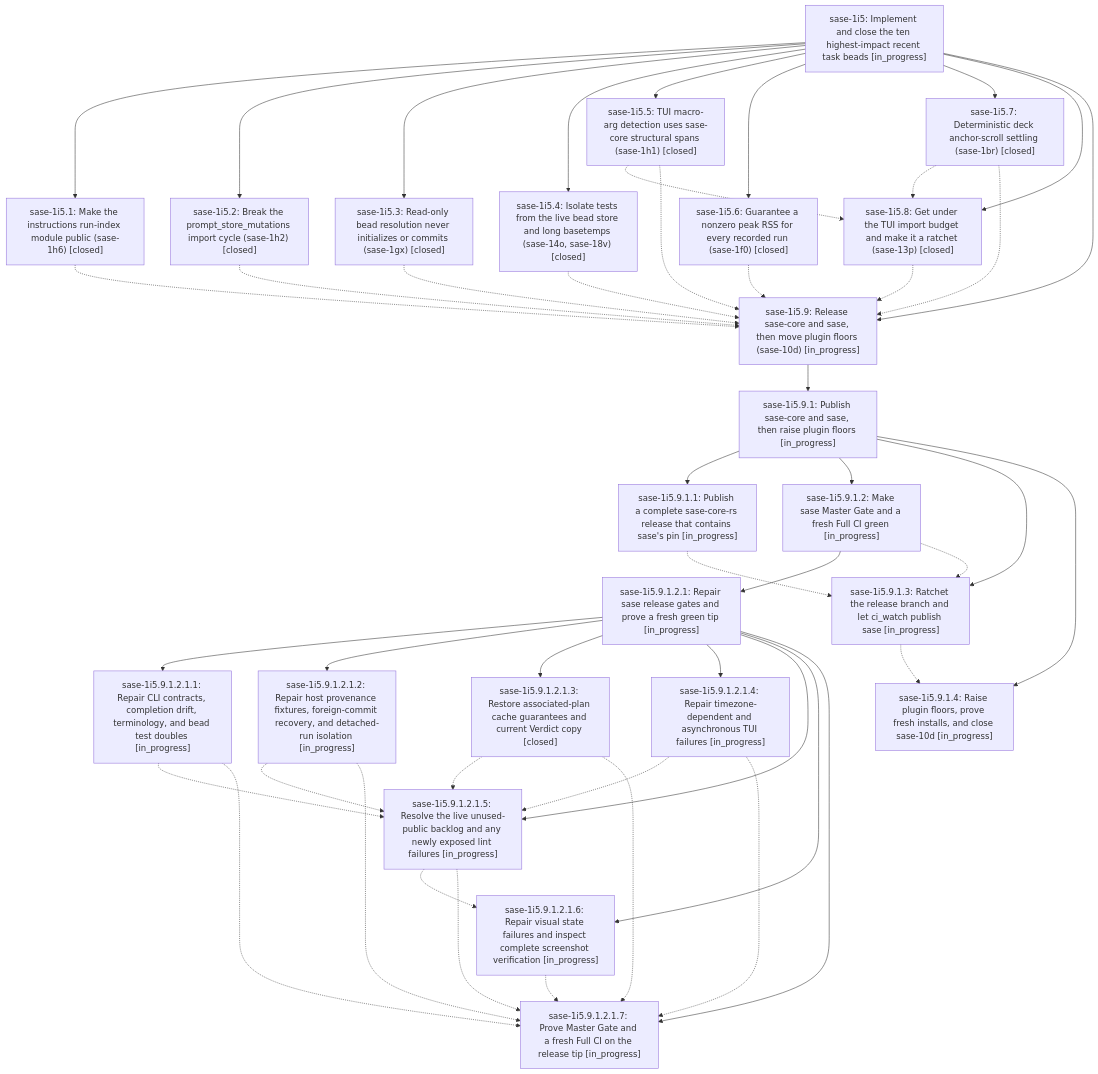
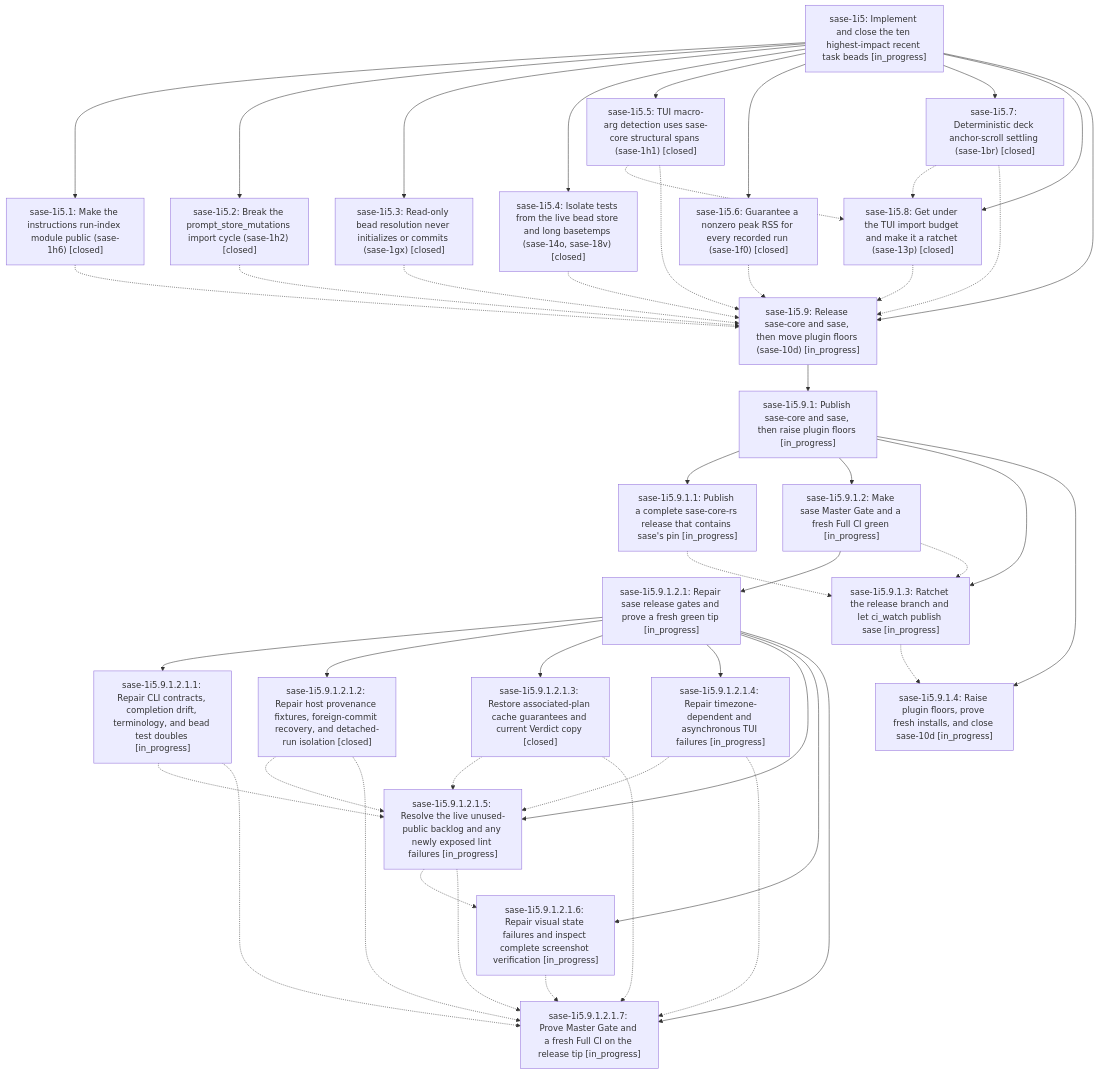
Before and after one commit to sase-org/sase--beads: the diagram in pages/sase-1i5/README.md, drawn with Mermaid. The commit also changed other lines of this file and 3 other files, not shown here.

````diff
--- a/pages/sase-1i5/README.md
+++ b/pages/sase-1i5/README.md
@@ -44,72 +44,72 @@
 ```mermaid
 flowchart TD
     n0["sase-1i5: Implement and close the ten highest-impact recent task beads [in_progress]"]
     n1["sase-1i5.1: Make the instructions run-index module public (sase-1h6) [closed]"]
     n2["sase-1i5.2: Break the prompt_store_mutations import cycle (sase-1h2) [closed]"]
     n3["sase-1i5.3: Read-only bead resolution never initializes or commits (sase-1gx) [closed]"]
     n4["sase-1i5.4: Isolate tests from the live bead store and long basetemps (sase-14o, sase-18v) [closed]"]
     n5["sase-1i5.5: TUI macro-arg detection uses sase-core structural spans (sase-1h1) [closed]"]
     n6["sase-1i5.6: Guarantee a nonzero peak RSS for every recorded run (sase-1f0) [closed]"]
     n7["sase-1i5.7: Deterministic deck anchor-scroll settling (sase-1br) [closed]"]
     n8["sase-1i5.8: Get under the TUI import budget and make it a ratchet (sase-13p) [closed]"]
     n9["sase-1i5.9: Release sase-core and sase, then move plugin floors (sase-10d) [in_progress]"]
     n10["sase-1i5.9.1: Publish sase-core and sase, then raise plugin floors [in_progress]"]
     n11["sase-1i5.9.1.1: Publish a complete sase-core-rs release that contains sase's pin [in_progress]"]
     n12["sase-1i5.9.1.2: Make sase Master Gate and a fresh Full CI green [in_progress]"]
     n13["sase-1i5.9.1.2.1: Repair sase release gates and prove a fresh green tip [in_progress]"]
     n14["sase-1i5.9.1.2.1.1: Repair CLI contracts, completion drift, terminology, and bead test doubles [in_progress]"]
-    n15["sase-1i5.9.1.2.1.2: Repair host provenance fixtures, foreign-commit recovery, and detached-run isolation [in_progress]"]
+    n15["sase-1i5.9.1.2.1.2: Repair host provenance fixtures, foreign-commit recovery, and detached-run isolation [closed]"]
     n16["sase-1i5.9.1.2.1.3: Restore associated-plan cache guarantees and current Verdict copy [closed]"]
     n17["sase-1i5.9.1.2.1.4: Repair timezone-dependent and asynchronous TUI failures [in_progress]"]
     n18["sase-1i5.9.1.2.1.5: Resolve the live unused-public backlog and any newly exposed lint failures [in_progress]"]
     n19["sase-1i5.9.1.2.1.6: Repair visual state failures and inspect complete screenshot verification [in_progress]"]
     n20["sase-1i5.9.1.2.1.7: Prove Master Gate and a fresh Full CI on the release tip [in_progress]"]
     n21["sase-1i5.9.1.3: Ratchet the release branch and let ci_watch publish sase [in_progress]"]
     n22["sase-1i5.9.1.4: Raise plugin floors, prove fresh installs, and close sase-10d [in_progress]"]
     n0 --> n1
     n0 --> n2
     n0 --> n3
     n0 --> n4
     n0 --> n5
     n0 --> n6
     n0 --> n7
     n0 --> n8
     n0 --> n9
     n9 --> n10
     n10 --> n11
     n10 --> n12
     n12 --> n13
     n13 --> n14
     n13 --> n15
     n13 --> n16
     n13 --> n17
     n13 --> n18
     n13 --> n19
     n13 --> n20
     n10 --> n21
     n10 --> n22
     n1 -.-> n9
     n2 -.-> n9
     n3 -.-> n9
     n4 -.-> n9
     n5 -.-> n8
     n5 -.-> n9
     n6 -.-> n9
     n7 -.-> n8
     n7 -.-> n9
     n8 -.-> n9
     n11 -.-> n21
     n12 -.-> n21
     n14 -.-> n18
     n14 -.-> n20
     n15 -.-> n18
     n15 -.-> n20
     n16 -.-> n18
     n16 -.-> n20
     n17 -.-> n18
     n17 -.-> n20
     n18 -.-> n19
     n18 -.-> n20
     n19 -.-> n20
     n21 -.-> n22
 ```
````
